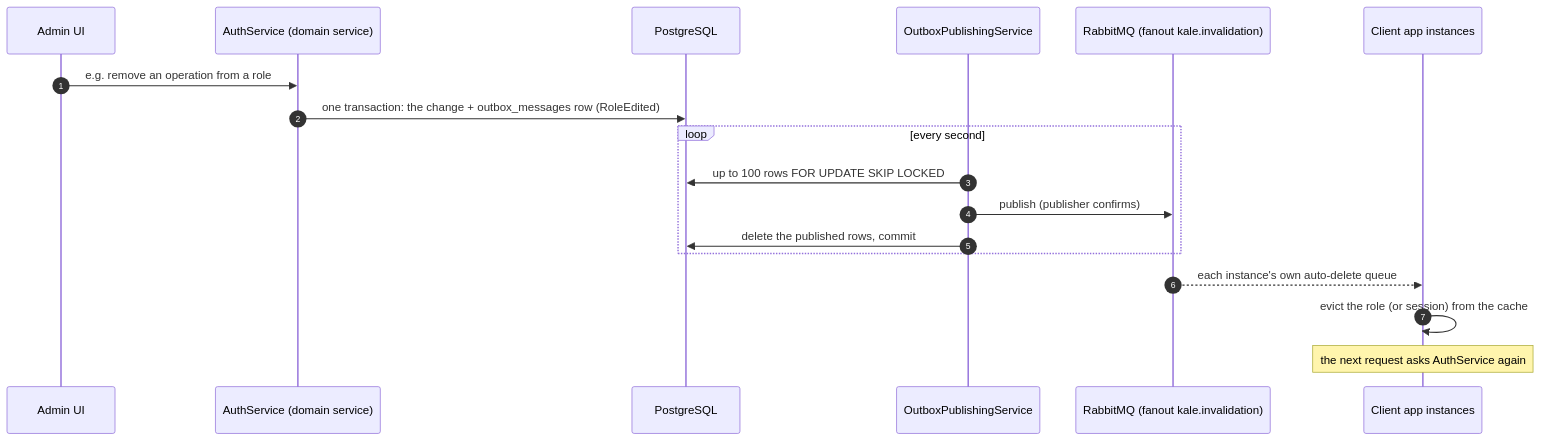
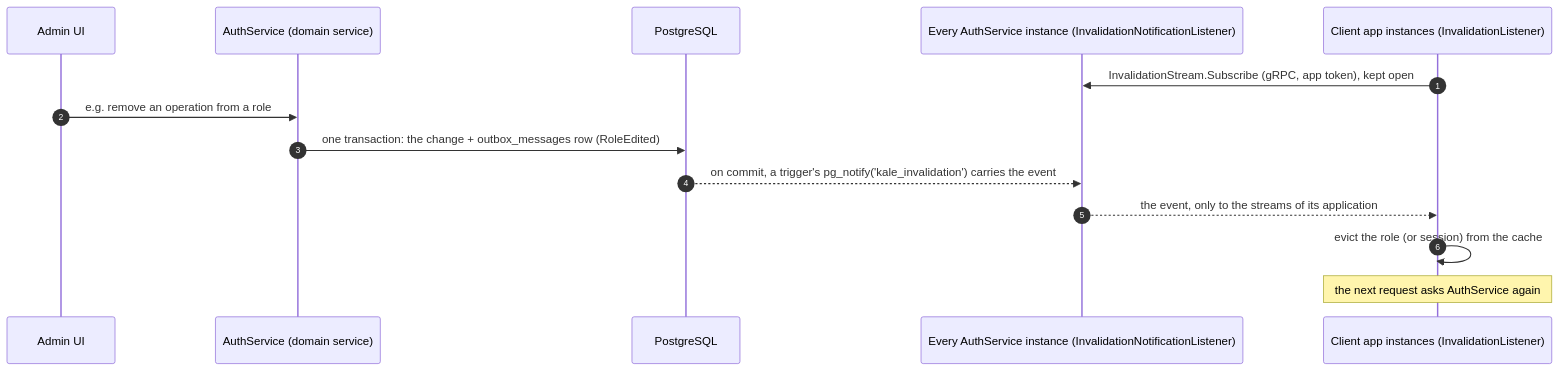
Before and after one commit to TasTugberk/Kale: the fourth of 4 diagrams in docs/handover/handover.en.md, drawn with Mermaid. The commit also changed other lines of this file and 3 other files, not shown here.

````diff
--- a/docs/handover/handover.en.md
+++ b/docs/handover/handover.en.md
@@ -324,20 +323,16 @@
 ```mermaid
 sequenceDiagram
     autonumber
     participant UI as Admin UI
     participant K as AuthService (domain service)
     participant DB as PostgreSQL
-    participant P as OutboxPublishingService
-    participant MQ as RabbitMQ (fanout kale.invalidation)
-    participant C as Client app instances
+    participant L as Every AuthService instance (InvalidationNotificationListener)
+    participant C as Client app instances (InvalidationListener)
+    C->>L: InvalidationStream.Subscribe (gRPC, app token), kept open
     UI->>K: e.g. remove an operation from a role
     K->>DB: one transaction: the change + outbox_messages row (RoleEdited)
-    loop every second
-        P->>DB: up to 100 rows FOR UPDATE SKIP LOCKED
-        P->>MQ: publish (publisher confirms)
-        P->>DB: delete the published rows, commit
-    end
-    MQ-->>C: each instance's own auto-delete queue
+    DB-->>L: on commit, a trigger's pg_notify('kale_invalidation') carries the event
+    L-->>C: the event, only to the streams of its application
     C->>C: evict the role (or session) from the cache
     Note over C: the next request asks AuthService again
 ```
````
